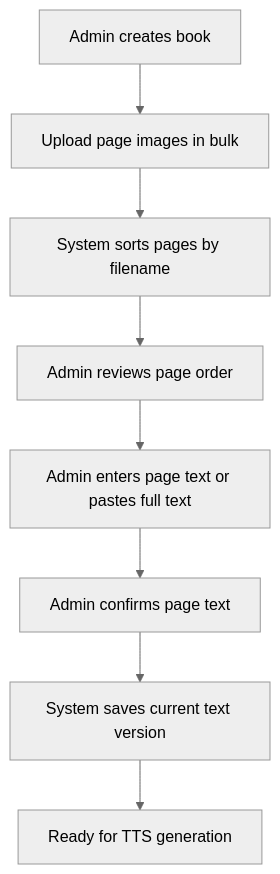
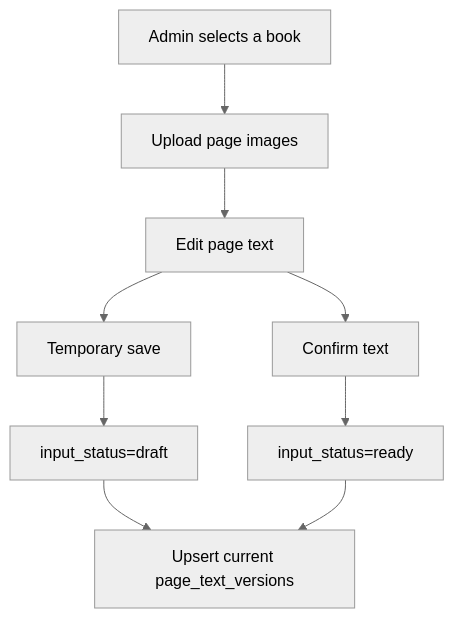
One commit to soyojuny/kids-echo-reading changed the first of 4 diagrams in doc/process-flows.md. Above: the diagram before and after it, drawn with Mermaid (neutral theme). The commit also changed other lines of this file and 11 other files, not shown here.

````diff
--- a/doc/process-flows.md
+++ b/doc/process-flows.md
@@ -24,10 +24,11 @@
 ```mermaid
 flowchart TD
-  A["Admin creates book"] --> B["Upload page images in bulk"]
-  B --> C["System sorts pages by filename"]
-  C --> D["Admin reviews page order"]
-  D --> E["Admin enters page text or pastes full text"]
-  E --> F["Admin confirms page text"]
-  F --> G["System saves current text version"]
-  G --> H["Ready for TTS generation"]
+  A["Admin selects a book"] --> B["Upload page images"]
+  B --> C["Edit page text"]
+  C --> D["Temporary save"]
+  D --> E["input_status=draft"]
+  C --> F["Confirm text"]
+  F --> G["input_status=ready"]
+  E --> H["Upsert current page_text_versions"]
+  G --> H
 ```
````
